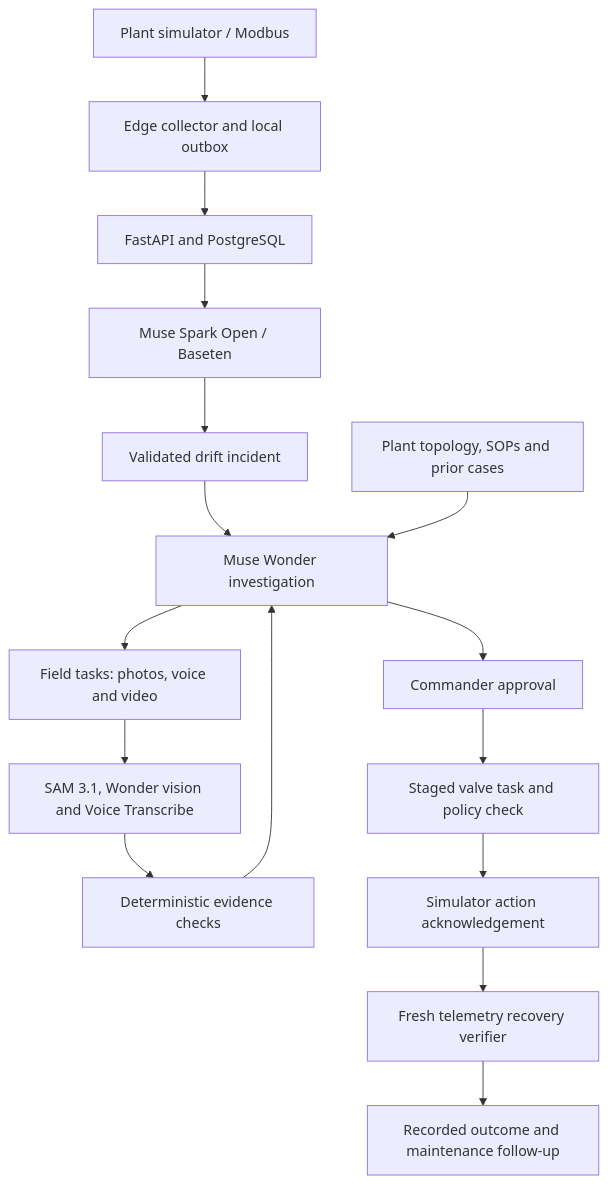
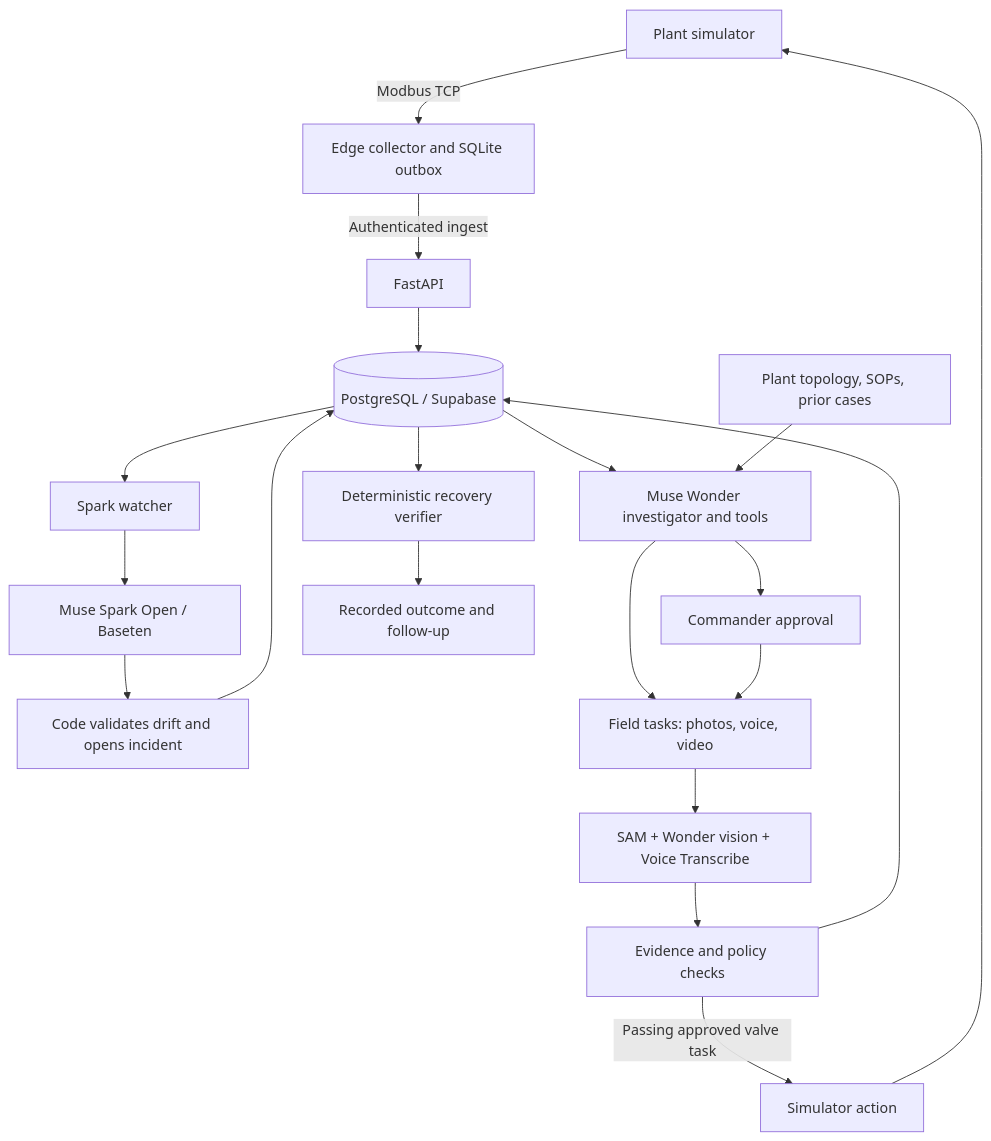
One commit to Shantanu-00/FAULTGLASS changed the diagram in README.md. Above: the diagram before and after it, drawn with Mermaid. The commit also changed other lines of this file, not shown here.

````diff
--- a/README.md
+++ b/README.md
@@ -133,18 +127,22 @@
 ```mermaid
 flowchart TD
-    Simulator[Plant simulator / Modbus] --> Edge[Edge collector and local outbox]
-    Edge --> API[FastAPI and PostgreSQL]
-    API --> Spark[Muse Spark Open / Baseten]
-    Spark --> Incident[Validated drift incident]
-    Incident --> Wonder[Muse Wonder investigation]
-    Memory[Plant topology, SOPs and prior cases] --> Wonder
-    Wonder --> Field[Field tasks: photos, voice and video]
-    Field --> Evidence[SAM 3.1, Wonder vision and Voice Transcribe]
-    Evidence --> Checks[Deterministic evidence checks]
-    Checks --> Wonder
+    Simulator[Plant simulator] -->|Modbus TCP| Edge[Edge collector and SQLite outbox]
+    Edge -->|Authenticated ingest| API[FastAPI]
+    API --> DB[(PostgreSQL / Supabase)]
+    DB --> Watcher[Spark watcher]
+    Watcher --> Spark[Muse Spark Open / Baseten]
+    Spark --> Gate[Code validates drift and opens incident]
+    Gate --> DB
+    DB --> Wonder[Muse Wonder investigator and tools]
+    Context[Plant topology, SOPs, prior cases] --> Wonder
+    Wonder --> Field[Field tasks: photos, voice, video]
+    Field --> Evidence[SAM + Wonder vision + Voice Transcribe]
+    Evidence --> Checks[Evidence and policy checks]
+    Checks --> DB
     Wonder --> Approval[Commander approval]
-    Approval --> Handling[Staged valve task and policy check]
-    Handling --> Action[Simulator action acknowledgement]
-    Action --> Verify[Fresh telemetry recovery verifier]
-    Verify --> Outcome[Recorded outcome and maintenance follow-up]
+    Approval --> Field
+    Checks -->|Passing approved valve task| Action[Simulator action]
+    Action --> Simulator
+    DB --> Verifier[Deterministic recovery verifier]
+    Verifier --> Outcome[Recorded outcome and follow-up]
 ```
````
